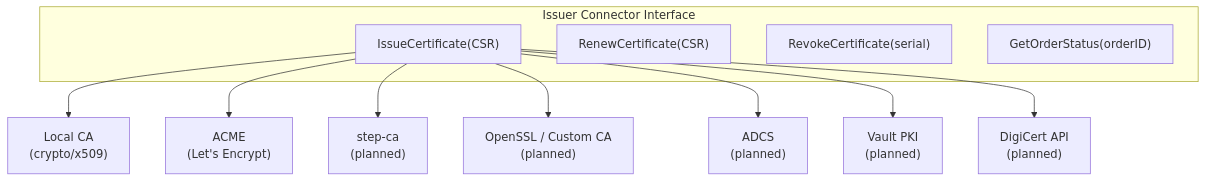
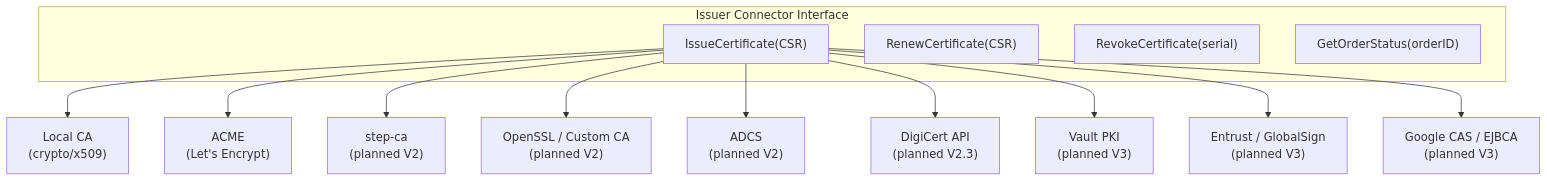
Before and after one commit to certctl-io/certctl: the second of 6 diagrams in docs/demo-advanced.md, drawn with Mermaid. The commit also changed other lines of this file and 3 other files, not shown here.

First line of the commit message:
docs: expand V2/V3/V4 roadmap with high-value features from competitive analysis

````diff
--- a/docs/demo-advanced.md
+++ b/docs/demo-advanced.md
@@ -121,17 +121,19 @@
 ```mermaid
 flowchart TD
     subgraph "Issuer Connector Interface"
         A["IssueCertificate(CSR)"]
         B["RenewCertificate(CSR)"]
         C["RevokeCertificate(serial)"]
         D["GetOrderStatus(orderID)"]
     end
 
     A --> E["Local CA\n(crypto/x509)"]
     A --> F["ACME\n(Let's Encrypt)"]
-    A --> G["step-ca\n(planned)"]
-    A --> H["OpenSSL / Custom CA\n(planned)"]
-    A --> I["ADCS\n(planned)"]
-    A --> J["Vault PKI\n(planned)"]
-    A --> K["DigiCert API\n(planned)"]
+    A --> G["step-ca\n(planned V2)"]
+    A --> H["OpenSSL / Custom CA\n(planned V2)"]
+    A --> I["ADCS\n(planned V2)"]
+    A --> J["DigiCert API\n(planned V2.3)"]
+    A --> K["Vault PKI\n(planned V3)"]
+    A --> L["Entrust / GlobalSign\n(planned V3)"]
+    A --> M["Google CAS / EJBCA\n(planned V3)"]
 ```
````
